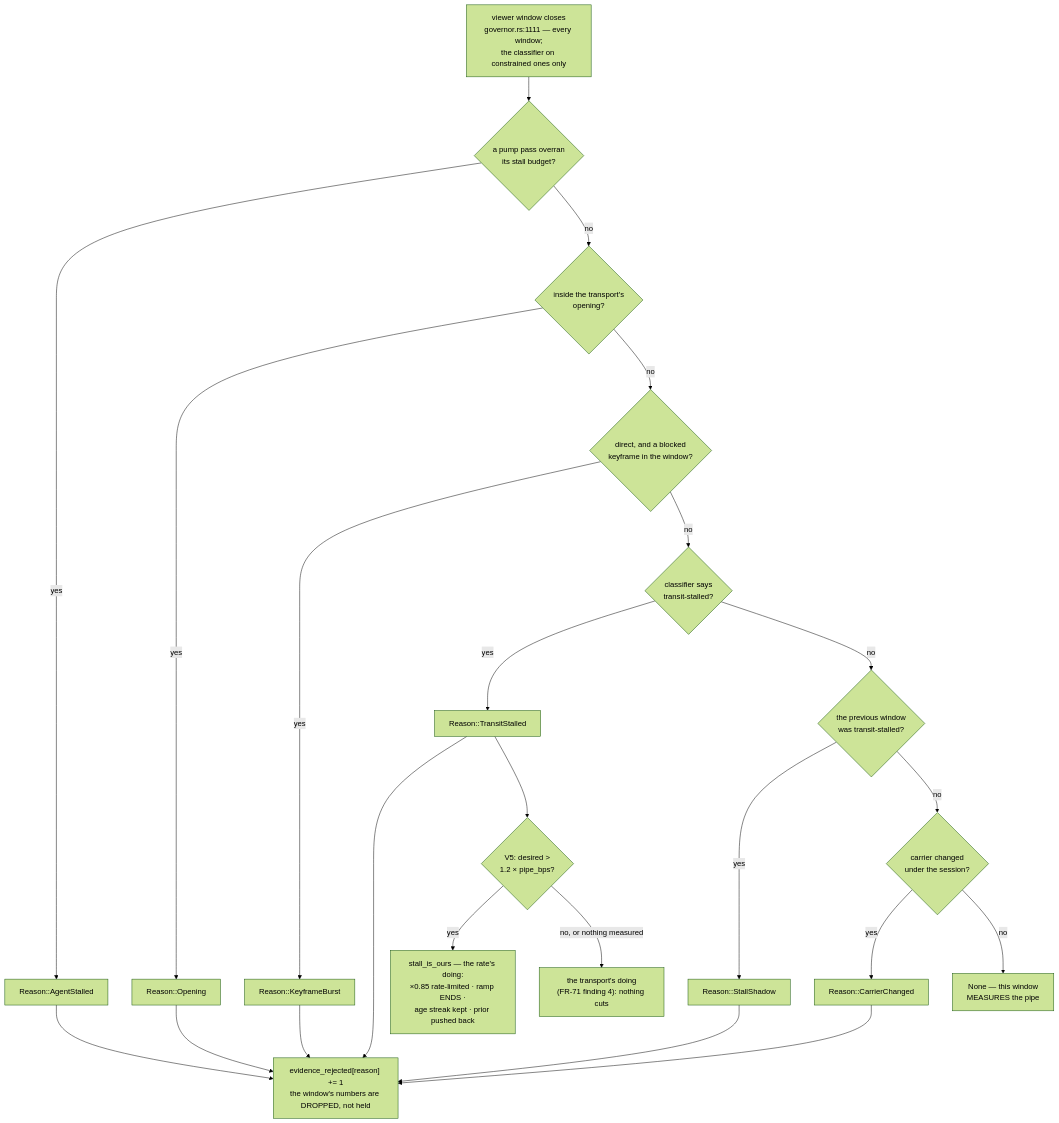
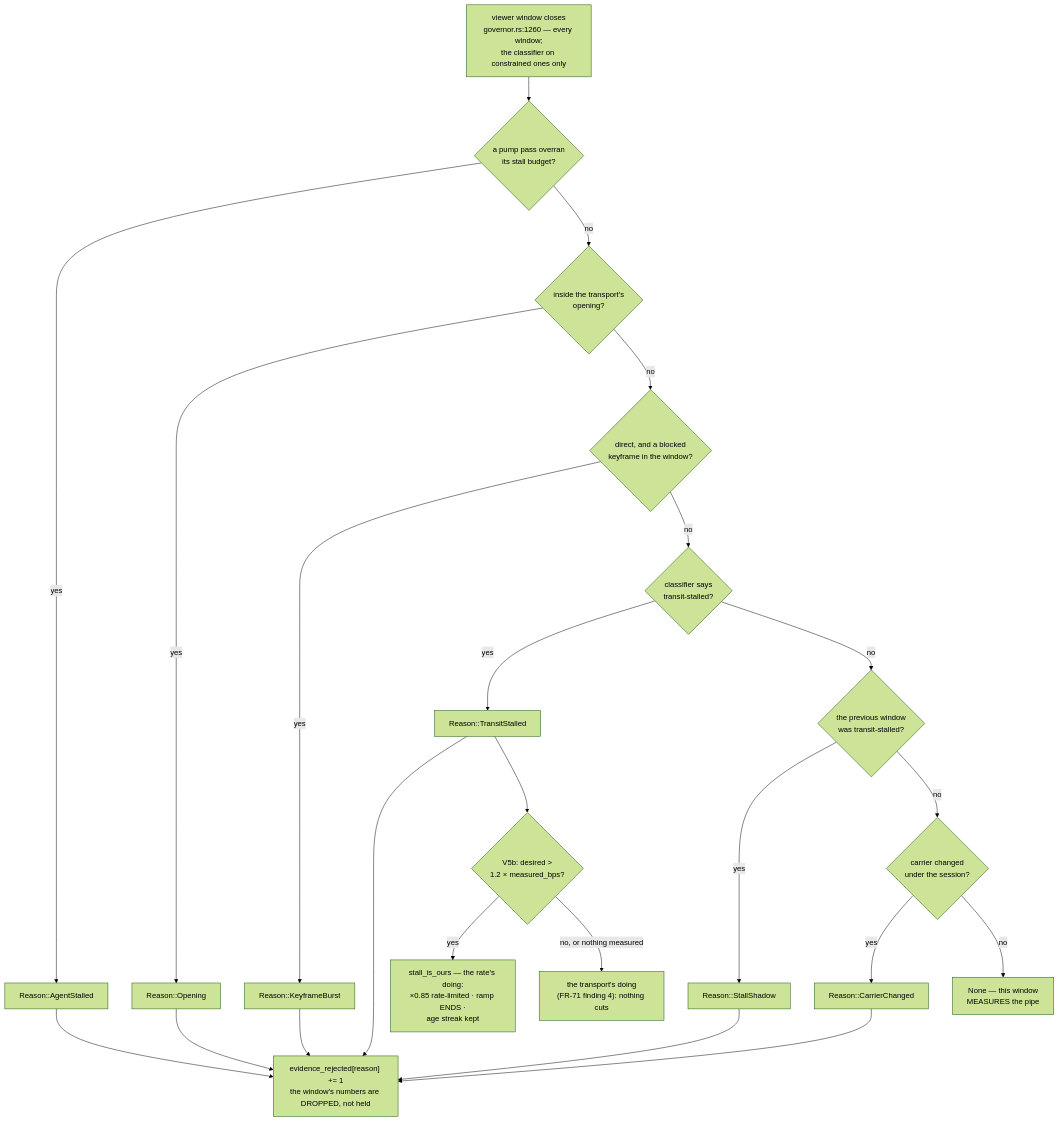
The first of 11 diagrams in docs/rate-control.md (gjovanov/roomler-ai), drawn with Mermaid (forest theme) before and after one commit. The commit also changed other lines of this file and 43 other files, not shown here.

````diff
--- a/docs/rate-control.md
+++ b/docs/rate-control.md
@@ -90,20 +90,20 @@
 ```mermaid
 flowchart TB
-    W["viewer window closes<br/>governor.rs:1111 — every window;<br/>the classifier on constrained ones only"] --> A{"a pump pass overran<br/>its stall budget?"}
+    W["viewer window closes<br/>governor.rs:1260 — every window;<br/>the classifier on constrained ones only"] --> A{"a pump pass overran<br/>its stall budget?"}
     A -- yes --> RA["Reason::AgentStalled"]
     A -- no --> O{"inside the transport's<br/>opening?"}
     O -- yes --> RO["Reason::Opening"]
     O -- no --> K{"direct, and a blocked<br/>keyframe in the window?"}
     K -- yes --> RK["Reason::KeyframeBurst"]
     K -- no --> T{"classifier says<br/>transit-stalled?"}
     T -- yes --> RT["Reason::TransitStalled"]
     T -- no --> S{"the previous window<br/>was transit-stalled?"}
     S -- yes --> RS["Reason::StallShadow"]
     S -- no --> C{"carrier changed<br/>under the session?"}
     C -- yes --> RC["Reason::CarrierChanged"]
     C -- no --> OK["None — this window<br/>MEASURES the pipe"]
     RA & RO & RK & RT & RS & RC --> REJ["evidence_rejected[reason] += 1<br/>the window's numbers are DROPPED, not held"]
-    RT --> V5{"V5: desired ><br/>1.2 × pipe_bps?"}
-    V5 -- yes --> OURS["stall_is_ours — the rate's doing:<br/>×0.85 rate-limited · ramp ENDS ·<br/>age streak kept · prior pushed back"]
+    RT --> V5{"V5b: desired ><br/>1.2 × measured_bps?"}
+    V5 -- yes --> OURS["stall_is_ours — the rate's doing:<br/>×0.85 rate-limited · ramp ENDS ·<br/>age streak kept"]
     V5 -- "no, or nothing measured" --> HOLD["the transport's doing<br/>(FR-71 finding 4): nothing cuts"]
 ```
````
